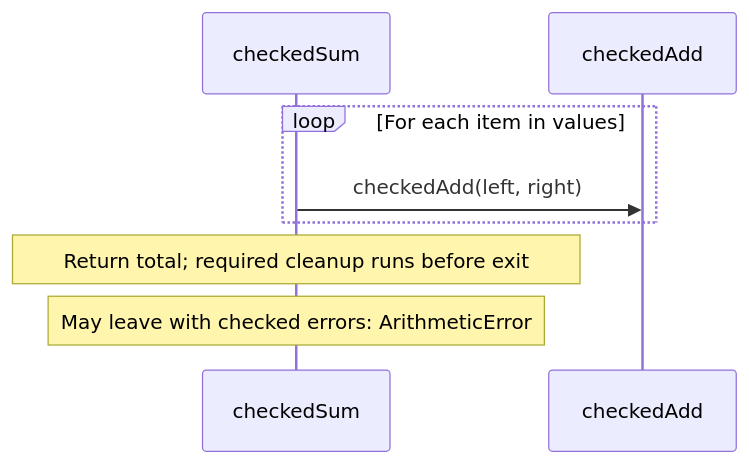
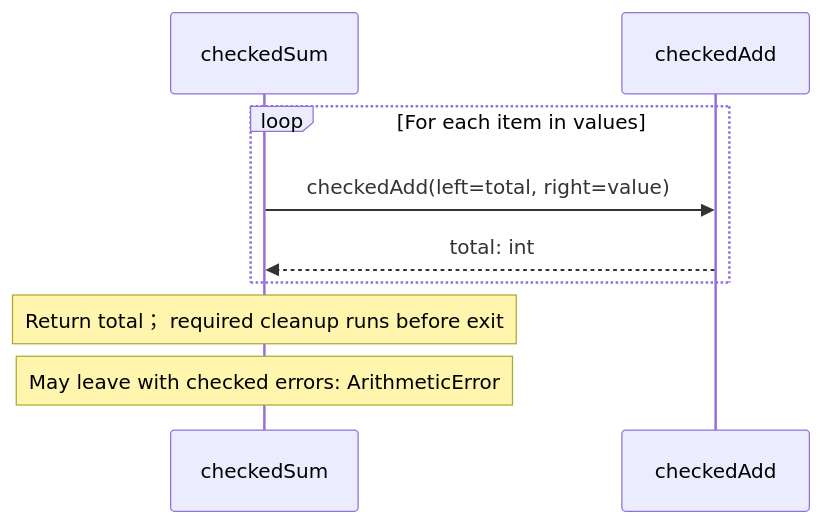
The eighth of 8 diagrams in src/stdlib/math/integers.aug.diagrams.md (GreenPandaStudios/augscript), drawn with Mermaid before and after one commit. The commit also changed other lines of this file and 524 other files, not shown here.

Commit message:
Explain checked data flow at folder and service levels

````diff
--- a/src/stdlib/math/integers.aug.diagrams.md
+++ b/src/stdlib/math/integers.aug.diagrams.md
@@ -175,10 +173,11 @@
 ```mermaid
 sequenceDiagram
     participant p0 as checkedSum
     participant p1 as checkedAdd
     loop For each item in values
-    p0->>p1: checkedAdd(left, right)
+    p0->>p1: checkedAdd(left=total, right=value)
+    p1-->>p0: total: int
     end
-    Note over p0: Return total#59; required cleanup runs before exit
+    Note over p0: Return total； required cleanup runs before exit
     Note over p0: May leave with checked errors: ArithmeticError
 ```
````
